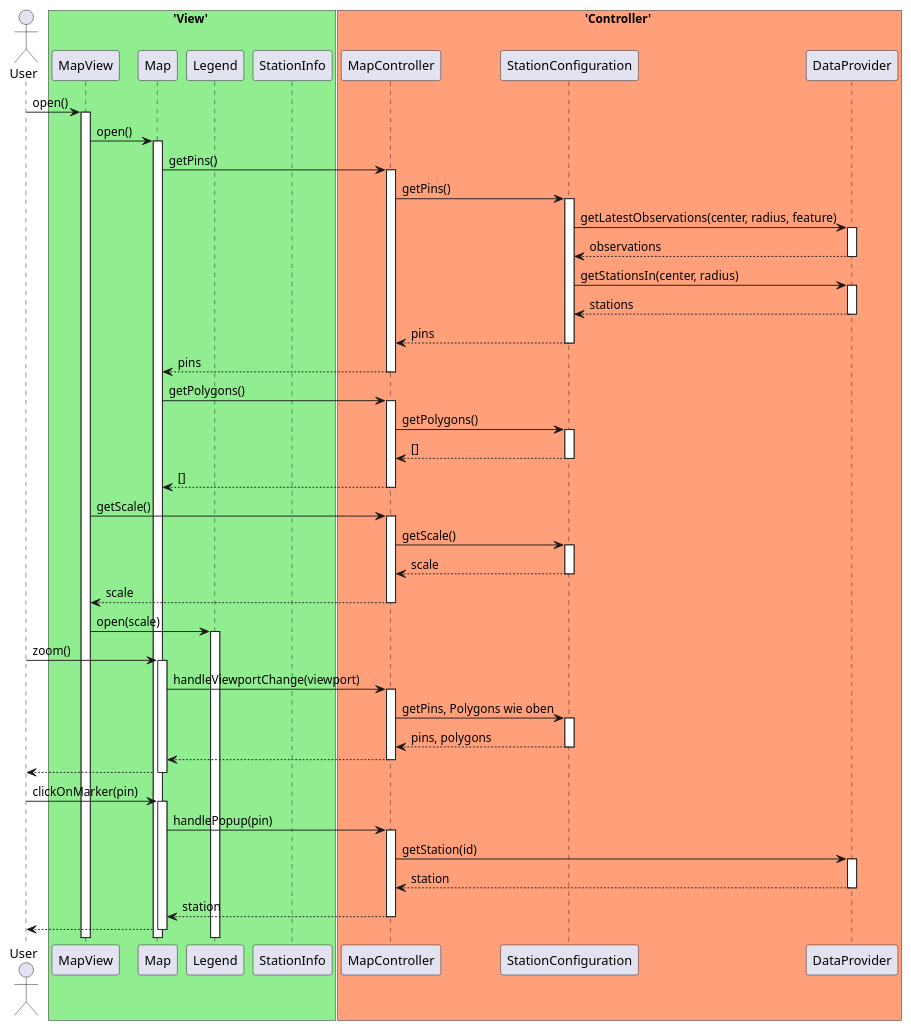
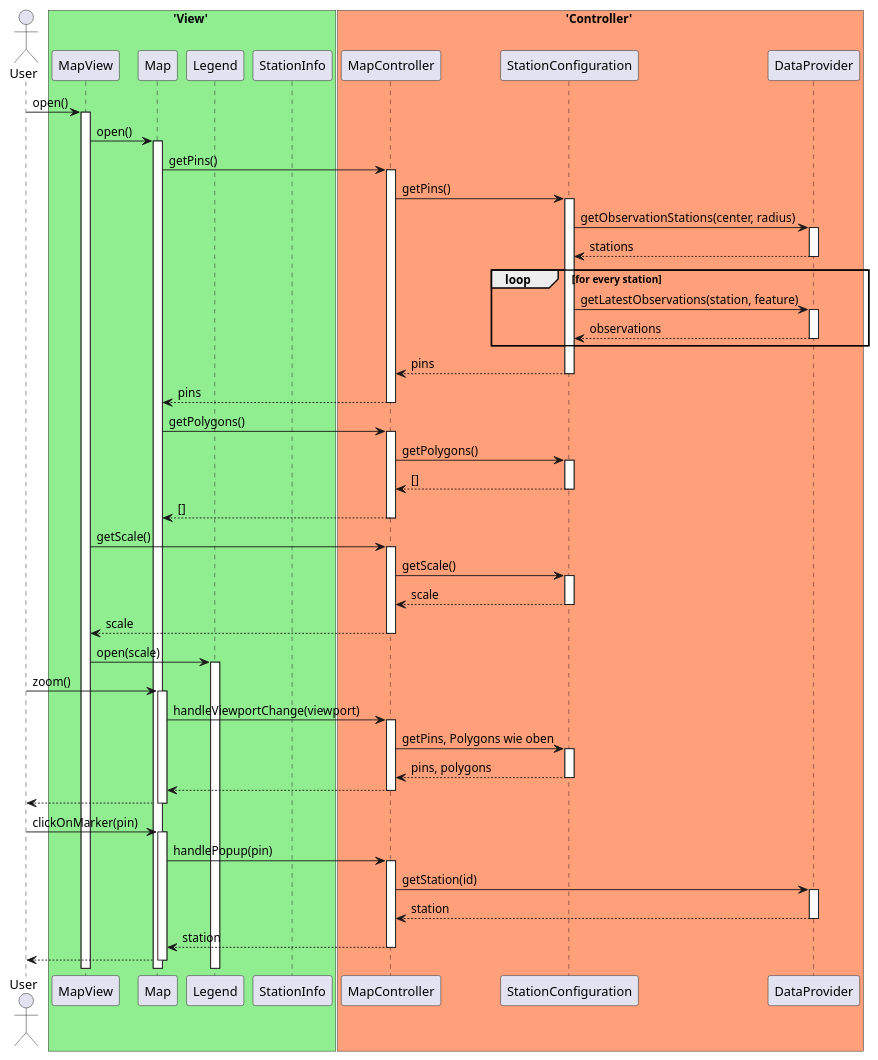
One commit to JonaEnz/pse-airquality-1 changed the diagram in Entwurf/PlantUML/SequenceDiagrams/MapPageSeq.puml. Above: the diagram before and after it, drawn with PlantUML.

Commit message:
Update MapPageSeq

```diff
--- a/Entwurf/PlantUML/SequenceDiagrams/MapPageSeq.puml
+++ b/Entwurf/PlantUML/SequenceDiagrams/MapPageSeq.puml
@@ -1,53 +1,56 @@
 @startuml MapPageScenario
 
 actor User
 
 box 'View' #LightGreen
 participant MapView
 participant Map
 participant Legend 
 participant StationInfo
 end box
 
 box 'Controller' #LightSalmon
 participant MapController
 participant StationConfiguration
 
 participant DataProvider
 end box
 User -> MapView ++ : open()
 MapView -> Map ++ : open()
 Map -> MapController ++ : getPins()
 MapController -> StationConfiguration ++ : getPins()
-StationConfiguration -> DataProvider ++ : getLatestObservations(center, radius, feature)
+StationConfiguration -> DataProvider ++ : getObservationStations(center, radius)
+return stations
+loop for every station
+StationConfiguration -> DataProvider ++ : getLatestObservations(station, feature)
 return observations
-StationConfiguration -> DataProvider ++ : getStationsIn(center, radius)
-return stations
+end
+
 return pins
 return pins
 Map -> MapController ++ : getPolygons()
 MapController -> StationConfiguration ++ : getPolygons()
 return []
 return []
 MapView -> MapController ++ : getScale()
 MapController -> StationConfiguration ++ : getScale()
 return scale
 return scale
 MapView -> Legend ++ : open(scale)
 
 'Nutzer zoomt'
 User -> Map ++ : zoom()
 Map -> MapController ++ : handleViewportChange(viewport)
 MapController -> StationConfiguration ++ : getPins, Polygons wie oben
 return pins, polygons
 return 
 return
 
 'Nutzer wählt Station'
 User -> Map ++ : clickOnMarker(pin)
 Map -> MapController ++ : handlePopup(pin)
 MapController -> DataProvider ++ : getStation(id)
 return station
 return station
 return
 @enduml
```
